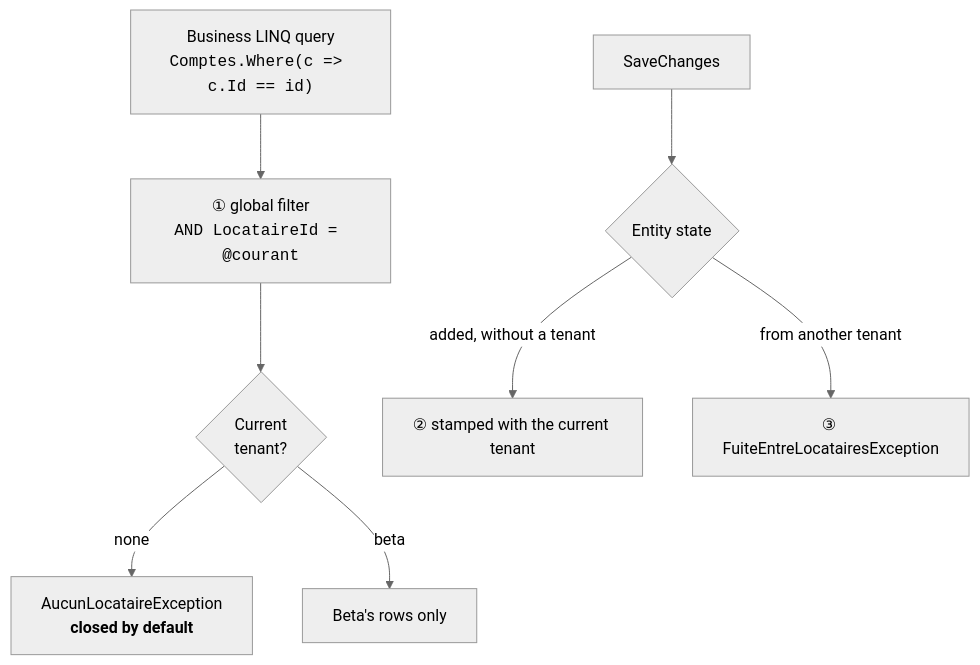
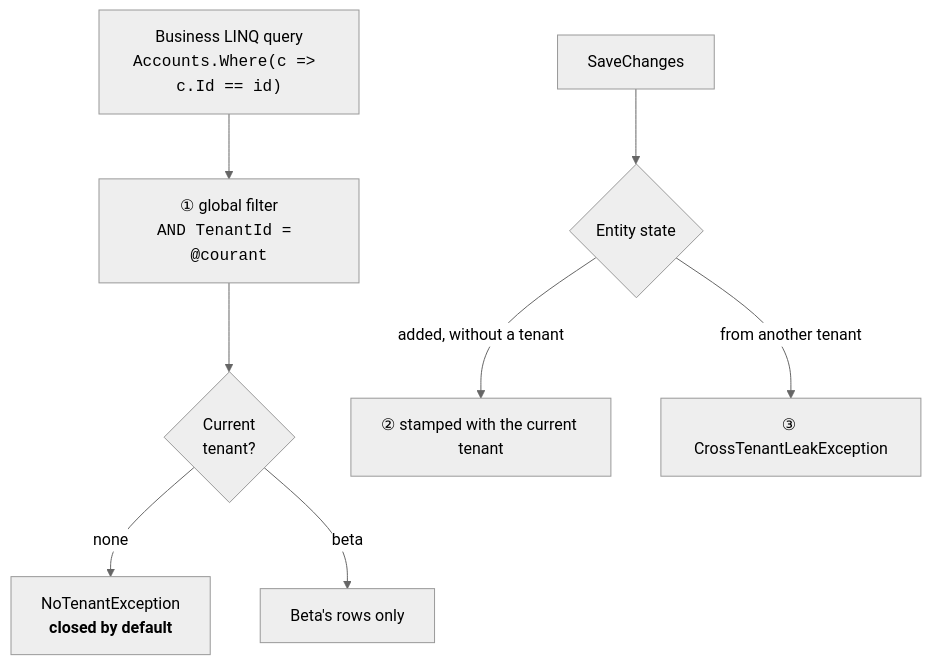
One commit to drangoht/ArchitecturesDemo changed the fourth of 5 diagrams in Docs/en/15-multi-tenant.md. Above: the diagram before and after it, drawn with Mermaid (neutral theme). The commit also changed other lines of this file and 78 other files, not shown here.

First line of the commit message:
Docs EN : identifiants, liens, diagrammes et sorties alignés sur le code anglais

````diff
--- a/Docs/en/15-multi-tenant.md
+++ b/Docs/en/15-multi-tenant.md
@@ -176,10 +175,10 @@
 ```mermaid
 flowchart TD
-    Q["Business LINQ query<br/><code>Comptes.Where(c => c.Id == id)</code>"] --> F["① global filter<br/><code>AND LocataireId = @courant</code>"]
+    Q["Business LINQ query<br/><code>Accounts.Where(c => c.Id == id)</code>"] --> F["① global filter<br/><code>AND TenantId = @courant</code>"]
     F --> C{"Current<br/>tenant?"}
-    C -->|"none"| X["AucunLocataireException<br/><b>closed by default</b>"]
+    C -->|"none"| X["NoTenantException<br/><b>closed by default</b>"]
     C -->|"beta"| R["Beta's rows only"]
     W["SaveChanges"] --> E{"Entity state"}
     E -->|"added, without a tenant"| S["② stamped with the current tenant"]
-    E -->|"from another tenant"| Y["③ FuiteEntreLocatairesException"]
+    E -->|"from another tenant"| Y["③ CrossTenantLeakException"]
 ```
````
